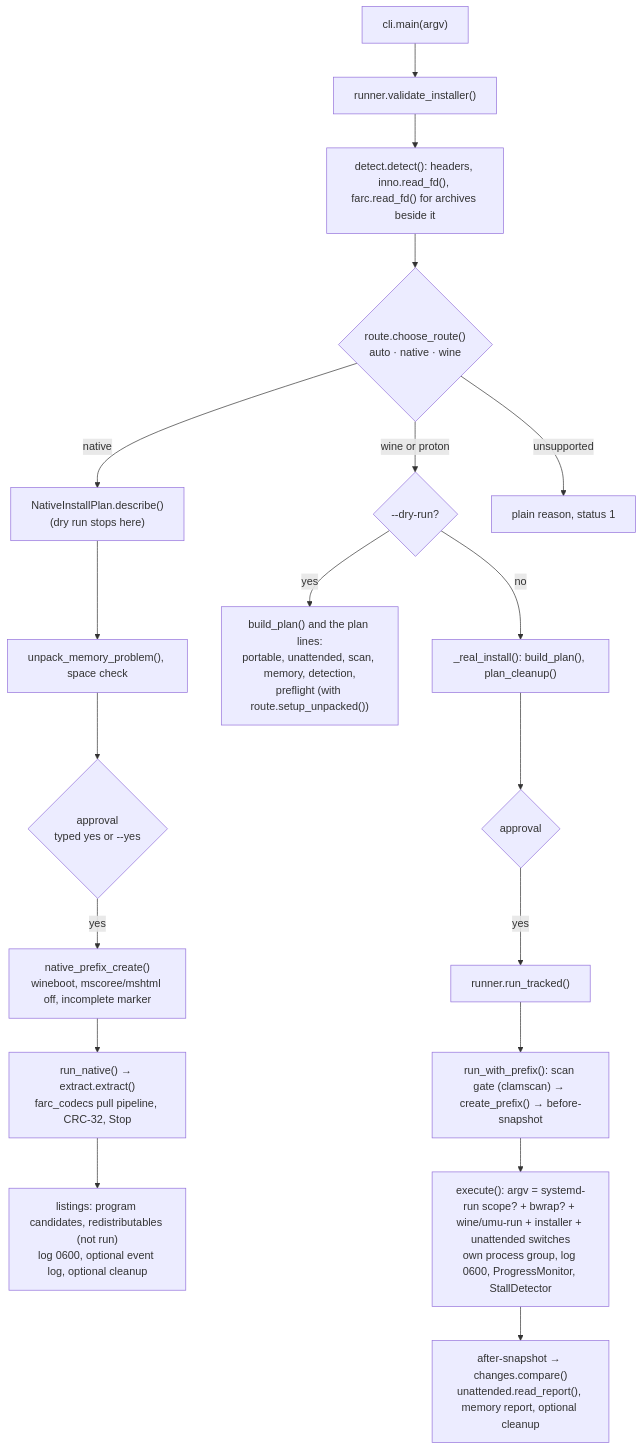
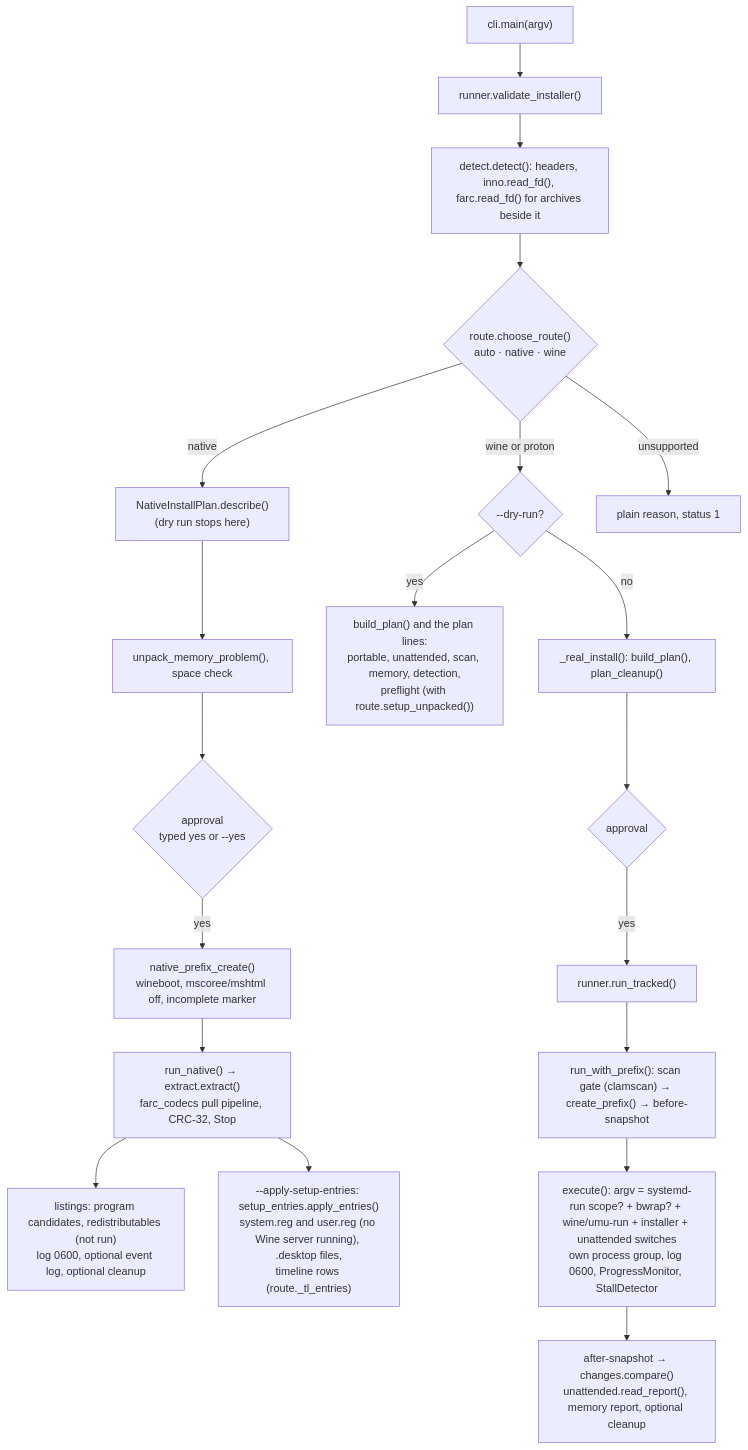
The third of 6 diagrams in docs/code-map.md (undecuple/gitfurl), drawn with Mermaid before and after one commit. The commit also changed other lines of this file and 16 other files, not shown here.

Commit message:
Native route: apply the setup's registry entries and shortcuts (opt-in) (#58)

````diff
--- a/docs/code-map.md
+++ b/docs/code-map.md
@@ -108,21 +110,22 @@
 ```mermaid
 flowchart TD
   A["cli.main(argv)"] --> B["runner.validate_installer()"]
   B --> C["detect.detect(): headers, inno.read_fd(), farc.read_fd() for archives beside it"]
   C --> D{"route.choose_route()<br/>auto · native · wine"}
   D -->|native| N1["NativeInstallPlan.describe()<br/>(dry run stops here)"]
   N1 --> N2["unpack_memory_problem(), space check"]
   N2 --> N3{"approval<br/>typed yes or --yes"}
   N3 -->|yes| N4["native_prefix_create()<br/>wineboot, mscoree/mshtml off, incomplete marker"]
   N4 --> N5["run_native() → extract.extract()<br/>farc_codecs pull pipeline, CRC-32, Stop"]
   N5 --> N6["listings: program candidates, redistributables (not run)<br/>log 0600, optional event log, optional cleanup"]
+  N5 --> N7["--apply-setup-entries: setup_entries.apply_entries()<br/>system.reg and user.reg (no Wine server running), .desktop files,<br/>timeline rows (route._tl_entries)"]
   D -->|wine or proton| W0{"--dry-run?"}
   W0 -->|yes| W1["build_plan() and the plan lines:<br/>portable, unattended, scan, memory, detection,<br/>preflight (with route.setup_unpacked())"]
   W0 -->|no| W2["_real_install(): build_plan(), plan_cleanup()"]
   W2 --> W3{"approval"}
   W3 -->|yes| W4["runner.run_tracked()"]
   W4 --> W5["run_with_prefix(): scan gate (clamscan) → create_prefix() → before-snapshot"]
   W5 --> W6["execute(): argv = systemd-run scope? + bwrap? + wine/umu-run + installer + unattended switches<br/>own process group, log 0600, ProgressMonitor, StallDetector"]
   W6 --> W7["after-snapshot → changes.compare()<br/>unattended.read_report(), memory report, optional cleanup"]
   D -->|unsupported| X["plain reason, status 1"]
 ```
````
